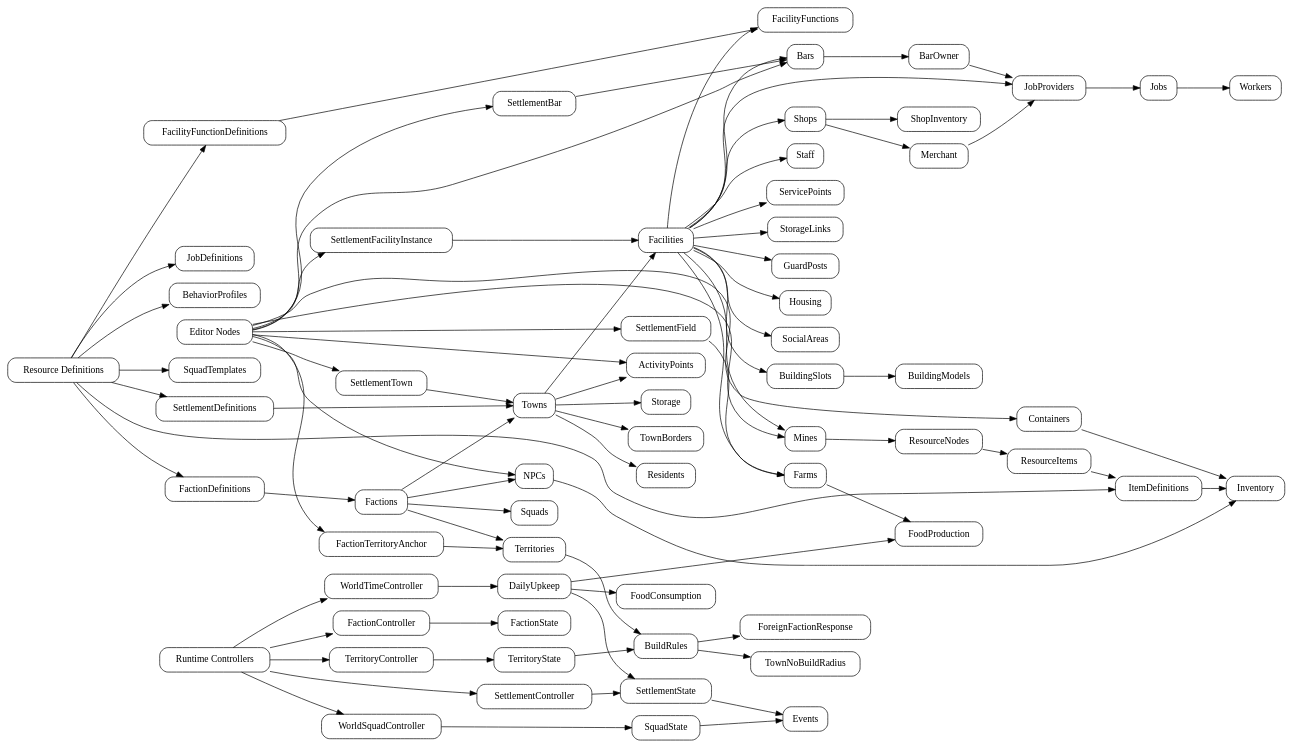
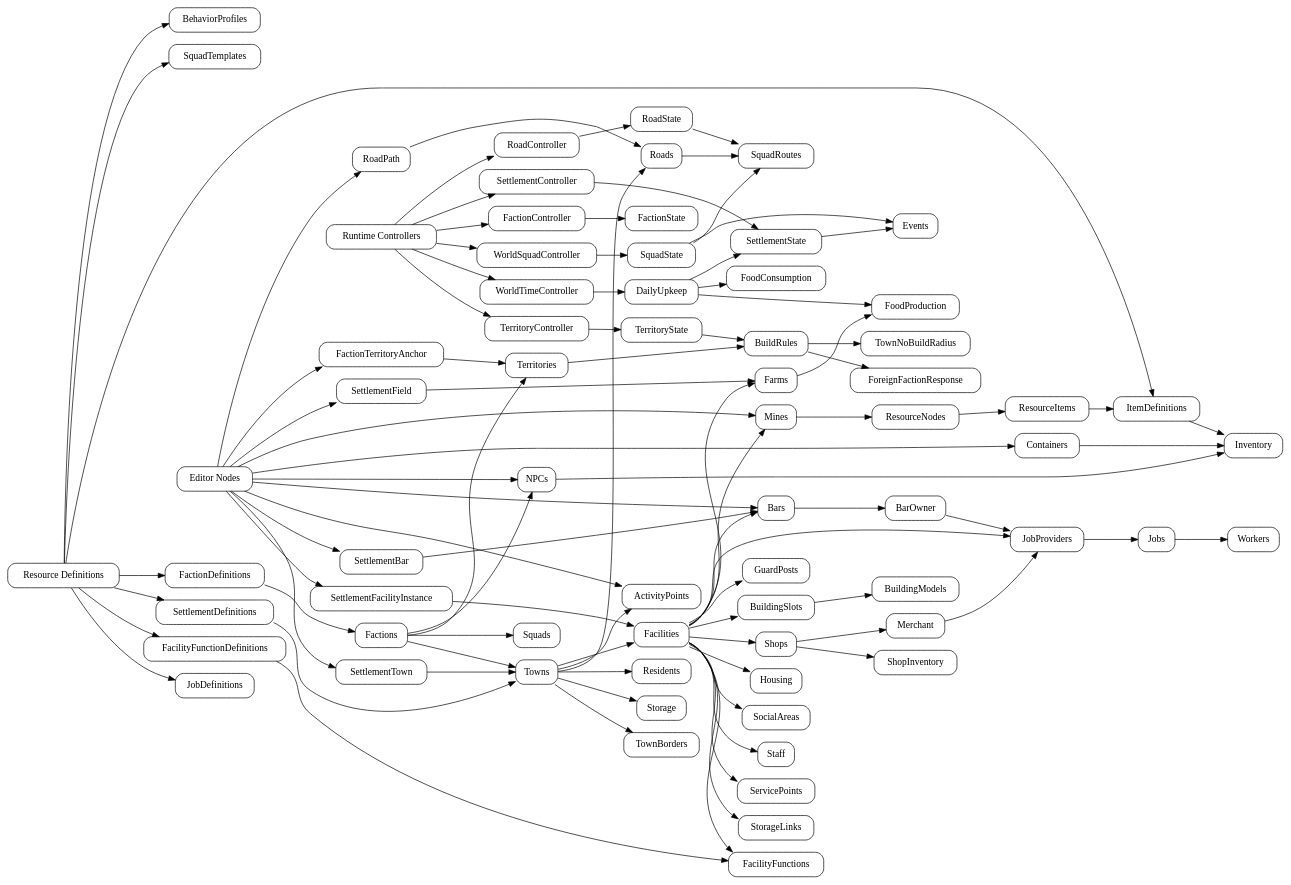
Before and after one commit to dustinc555/mygame: the diagram in architecture/game-data.md, drawn with Graphviz. The commit also changed other lines of this file and 6 other files, not shown here.

Commit message:
Document road path authoring and world-sim state

````diff
--- a/architecture/game-data.md
+++ b/architecture/game-data.md
@@ -29,6 +29,7 @@
 
   Nodes -> SettlementTown;
   Nodes -> FactionTerritoryAnchor;
+  Nodes -> RoadPath;
   Nodes -> NPCs;
   Nodes -> Containers;
   Nodes -> Bars;
@@ -49,6 +50,9 @@
   BuildRules -> ForeignFactionResponse;
   BuildRules -> TownNoBuildRadius;
 
+  RoadPath -> Roads;
+  Roads -> SquadRoutes;
+
   SettlementDefinitions -> Towns;
   SettlementTown -> Towns;
   Towns -> Facilities;
@@ -56,6 +60,7 @@
   Towns -> Storage;
   Towns -> TownBorders;
   Towns -> ActivityPoints;
+  Towns -> Roads;
 
   SettlementFacilityInstance -> Facilities;
   FacilityFunctionDefinitions -> FacilityFunctions;
@@ -96,12 +101,14 @@
   Controllers -> FactionController;
   Controllers -> SettlementController;
   Controllers -> TerritoryController;
+  Controllers -> RoadController;
   Controllers -> WorldSquadController;
   Controllers -> WorldTimeController;
 
   FactionController -> FactionState;
   SettlementController -> SettlementState;
   TerritoryController -> TerritoryState;
+  RoadController -> RoadState;
   WorldSquadController -> SquadState;
   WorldTimeController -> DailyUpkeep;
 
@@ -110,6 +117,8 @@
   DailyUpkeep -> SettlementState;
   SettlementState -> Events;
   SquadState -> Events;
+  SquadState -> SquadRoutes;
   TerritoryState -> BuildRules;
+  RoadState -> SquadRoutes;
 }
 ```
````
